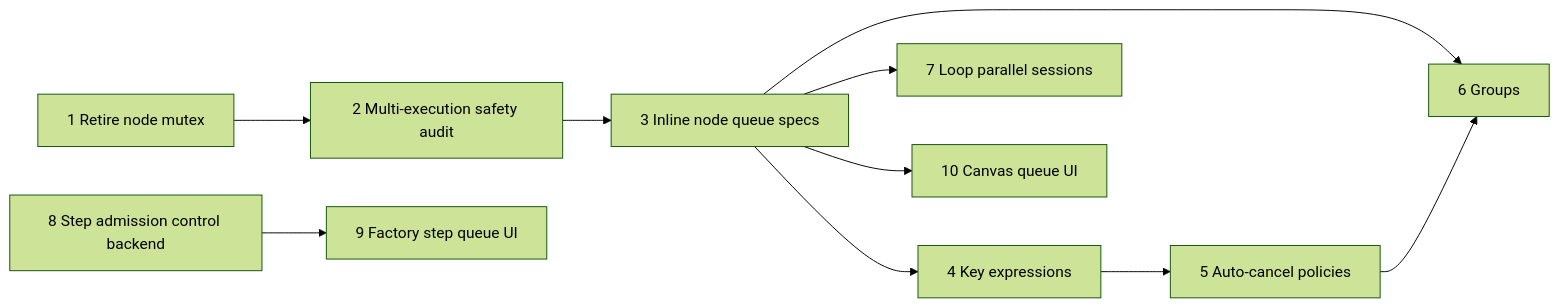
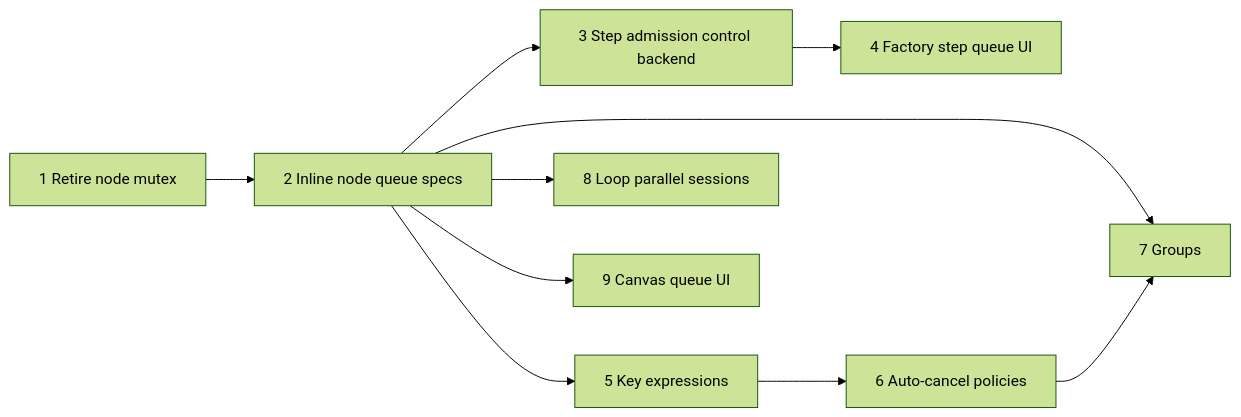
The second of 2 diagrams in docs/prd/queueing-and-parallelism.md (superplanehq/superplane), drawn with Mermaid (forest theme) before and after one commit. The commit also changed other lines of this file and 507 other files, not shown here.

````diff
--- a/docs/prd/queueing-and-parallelism.md
+++ b/docs/prd/queueing-and-parallelism.md
@@ -721,12 +768,12 @@
 ```mermaid
 flowchart LR
-  C1[1 Retire node mutex] --> C2[2 Multi-execution safety audit]
-  C2 --> C3[3 Inline node queue specs]
-  C3 --> C4[4 Key expressions]
-  C4 --> C5[5 Auto-cancel policies]
-  C3 --> C6[6 Groups]
-  C5 --> C6
-  C3 --> C7[7 Loop parallel sessions]
-  C3 --> C10[10 Canvas queue UI]
-  C8[8 Step admission control backend] --> C9[9 Factory step queue UI]
+  C1[1 Retire node mutex] --> C2[2 Inline node queue specs]
+  C2 --> C3[3 Step admission control backend]
+  C3 --> C4[4 Factory step queue UI]
+  C2 --> C5[5 Key expressions]
+  C5 --> C6[6 Auto-cancel policies]
+  C2 --> C7[7 Groups]
+  C6 --> C7
+  C2 --> C8[8 Loop parallel sessions]
+  C2 --> C9[9 Canvas queue UI]
 ```
````
